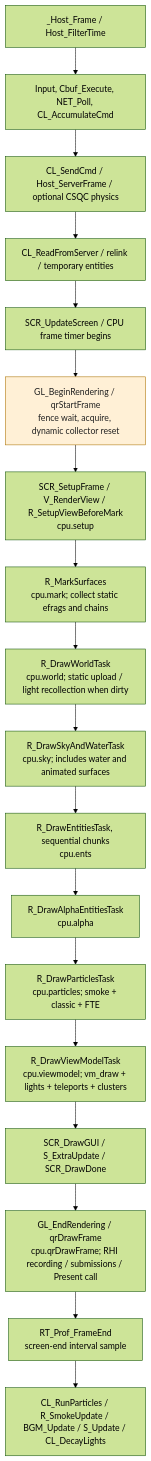
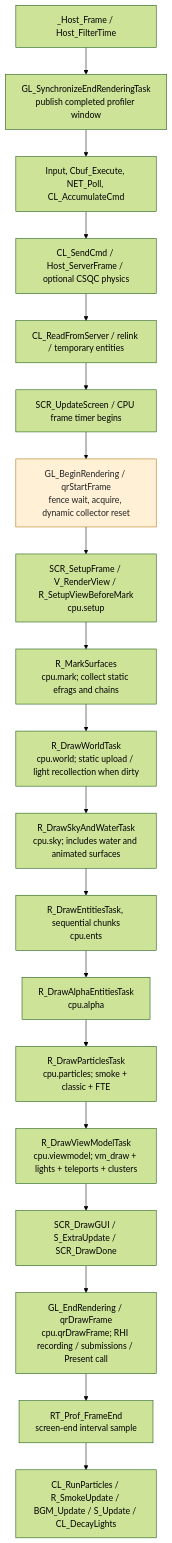
One commit to f1ames0ff/QuakeRay changed the first of 3 diagrams in ARCHITECTURE.md. Above: the diagram before and after it, drawn with Mermaid (forest theme). The commit also changed other lines of this file and 10 other files, not shown here.

First line of the commit message:
perf: make profiler window lifecycle and result publication atomic

````diff
--- a/ARCHITECTURE.md
+++ b/ARCHITECTURE.md
@@ -59,22 +59,23 @@
 ```mermaid
 flowchart TD
-    host["_Host_Frame / Host_FilterTime"] --> input["Input, Cbuf_Execute, NET_Poll, CL_AccumulateCmd"]
+    host["_Host_Frame / Host_FilterTime"] --> previousEnd["GL_SynchronizeEndRenderingTask<br/>publish completed profiler window"]
+    previousEnd --> input["Input, Cbuf_Execute, NET_Poll, CL_AccumulateCmd"]
     input --> simulation["CL_SendCmd / Host_ServerFrame / optional CSQC physics"]
     simulation --> client["CL_ReadFromServer / relink / temporary entities"]
     client --> screen["SCR_UpdateScreen / CPU frame timer begins"]
     screen --> beginFrame["GL_BeginRendering / qrStartFrame<br/>fence wait, acquire, dynamic collector reset"]
     beginFrame --> view["SCR_SetupFrame / V_RenderView / R_SetupViewBeforeMark<br/>cpu.setup"]
     view --> visibility["R_MarkSurfaces<br/>cpu.mark; collect static efrags and chains"]
     visibility --> world["R_DrawWorldTask<br/>cpu.world; static upload / light recollection when dirty"]
     world --> sky["R_DrawSkyAndWaterTask<br/>cpu.sky; includes water and animated surfaces"]
     sky --> entities["R_DrawEntitiesTask, sequential chunks<br/>cpu.ents"]
     entities --> alpha["R_DrawAlphaEntitiesTask<br/>cpu.alpha"]
     alpha --> particles["R_DrawParticlesTask<br/>cpu.particles; smoke + classic + FTE"]
     particles --> weapon["R_DrawViewModelTask<br/>cpu.viewmodel; vm_draw + lights + teleports + clusters"]
     weapon --> gui["SCR_DrawGUI / S_ExtraUpdate / SCR_DrawDone"]
     gui --> backend["GL_EndRendering / qrDrawFrame<br/>cpu.qrDrawFrame; RHI recording / submissions / Present call"]
     backend --> screenEnd["RT_Prof_FrameEnd<br/>screen-end interval sample"]
     screenEnd --> tail["CL_RunParticles / R_SmokeUpdate / BGM_Update / S_Update / CL_DecayLights"]
     classDef wait fill:#fff0d6,stroke:#ab7100,color:#222
     class beginFrame wait
 ```
````
